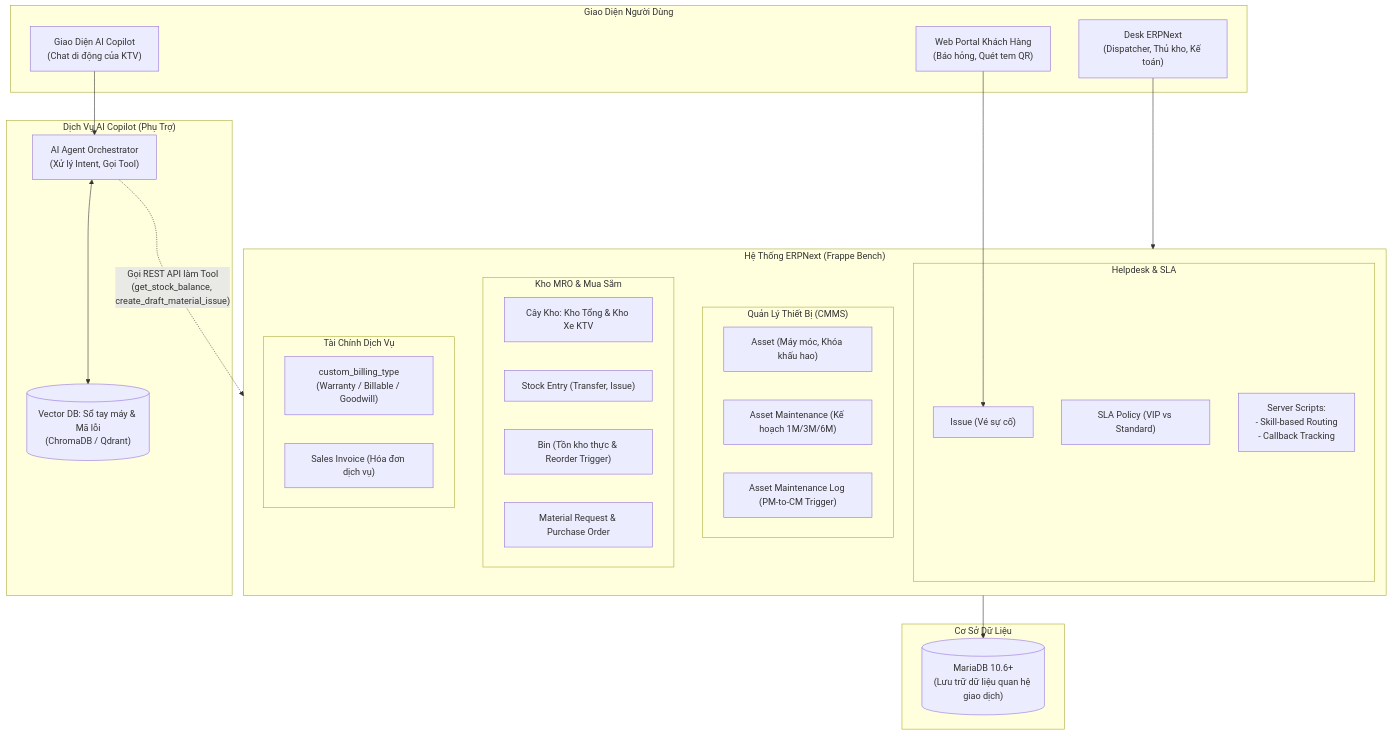
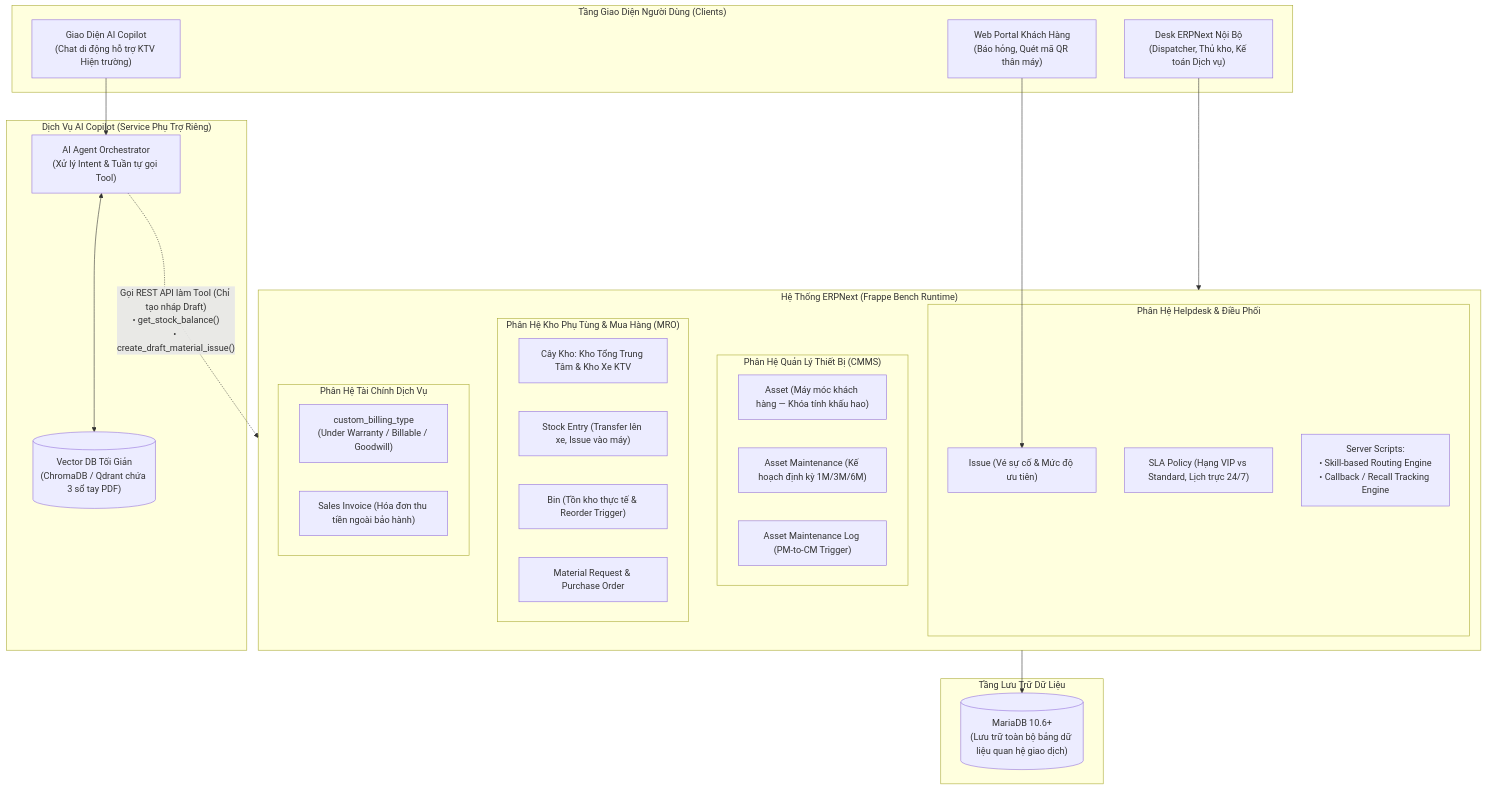
Before and after one commit to Baronger23/ERP.SmartHelpDesk: the first of 2 diagrams in docs/SYSTEM_ARCHITECTURE_DESIGN.md, drawn with Mermaid. The commit also changed other lines of this file, not shown here.

Commit message:
docs: finalize upgraded system architecture design addressing core business model, 2-branch stock flow, realistic failure KPIs, and AI safety invariant

````diff
--- a/docs/SYSTEM_ARCHITECTURE_DESIGN.md
+++ b/docs/SYSTEM_ARCHITECTURE_DESIGN.md
@@ -126,51 +92,51 @@
 ```mermaid
 flowchart TD
-    subgraph CLIENTS["Giao Diện Người Dùng"]
-        C1["Web Portal Khách Hàng<br/>(Báo hỏng, Quét tem QR)"]
-        C2["Desk ERPNext<br/>(Dispatcher, Thủ kho, Kế toán)"]
-        C3["Giao Diện AI Copilot<br/>(Chat di động của KTV)"]
+    subgraph CLIENTS["Tầng Giao Diện Người Dùng (Clients)"]
+        C1["Web Portal Khách Hàng<br/>(Báo hỏng, Quét mã QR thân máy)"]
+        C2["Desk ERPNext Nội Bộ<br/>(Dispatcher, Thủ kho, Kế toán Dịch vụ)"]
+        C3["Giao Diện AI Copilot<br/>(Chat di động hỗ trợ KTV Hiện trường)"]
     end
 
-    subgraph ERPNEXT["Hệ Thống ERPNext (Frappe Bench)"]
-        subgraph F_HD["Helpdesk & SLA"]
-            M_ISSUE["Issue (Vé sự cố)"]
-            M_SLA["SLA Policy (VIP vs Standard)"]
-            M_SCRIPTS["Server Scripts:<br/>- Skill-based Routing<br/>- Callback Tracking"]
+    subgraph ERPNEXT["Hệ Thống ERPNext (Frappe Bench Runtime)"]
+        subgraph F_HD["Phân Hệ Helpdesk & Điều Phối"]
+            M_ISSUE["Issue (Vé sự cố & Mức độ ưu tiên)"]
+            M_SLA["SLA Policy (Hạng VIP vs Standard, Lịch trực 24/7)"]
+            M_SCRIPTS["Server Scripts:<br/>• Skill-based Routing Engine<br/>• Callback / Recall Tracking Engine"]
         end
 
-        subgraph F_CMMS["Quản Lý Thiết Bị (CMMS)"]
-            M_ASSET["Asset (Máy móc, Khóa khấu hao)"]
-            M_PM["Asset Maintenance (Kế hoạch 1M/3M/6M)"]
+        subgraph F_CMMS["Phân Hệ Quản Lý Thiết Bị (CMMS)"]
+            M_ASSET["Asset (Máy móc khách hàng — Khóa tính khấu hao)"]
+            M_PM["Asset Maintenance (Kế hoạch định kỳ 1M/3M/6M)"]
             M_LOG["Asset Maintenance Log (PM-to-CM Trigger)"]
         end
 
-        subgraph F_MRO["Kho MRO & Mua Sắm"]
-            M_WH["Cây Kho: Kho Tổng & Kho Xe KTV"]
-            M_STE["Stock Entry (Transfer, Issue)"]
-            M_BIN["Bin (Tồn kho thực & Reorder Trigger)"]
+        subgraph F_MRO["Phân Hệ Kho Phụ Tùng & Mua Hàng (MRO)"]
+            M_WH["Cây Kho: Kho Tổng Trung Tâm & Kho Xe KTV"]
+            M_STE["Stock Entry (Transfer lên xe, Issue vào máy)"]
+            M_BIN["Bin (Tồn kho thực tế & Reorder Trigger)"]
             M_PURCHASE["Material Request & Purchase Order"]
         end
 
-        subgraph F_FIN["Tài Chính Dịch Vụ"]
-            M_BILL["custom_billing_type<br/>(Warranty / Billable / Goodwill)"]
-            M_SINV["Sales Invoice (Hóa đơn dịch vụ)"]
+        subgraph F_FIN["Phân Hệ Tài Chính Dịch Vụ"]
+            M_BILL["custom_billing_type<br/>(Under Warranty / Billable / Goodwill)"]
+            M_SINV["Sales Invoice (Hóa đơn thu tiền ngoài bảo hành)"]
         end
     end
 
-    subgraph AISERVICE["Dịch Vụ AI Copilot (Phụ Trợ)"]
-        AI_AGENT["AI Agent Orchestrator<br/>(Xử lý Intent, Gọi Tool)"]
-        AI_VEC[("Vector DB: Sổ tay máy & Mã lỗi<br/>(ChromaDB / Qdrant)")]
+    subgraph AISERVICE["Dịch Vụ AI Copilot (Service Phụ Trợ Riêng)"]
+        AI_AGENT["AI Agent Orchestrator<br/>(Xử lý Intent & Tuần tự gọi Tool)"]
+        AI_VEC[("Vector DB Tối Giản<br/>(ChromaDB / Qdrant chứa 3 sổ tay PDF)")]
         AI_AGENT <--> AI_VEC
     end
 
-    subgraph DB["Cơ Sở Dữ Liệu"]
-        MARIADB[("MariaDB 10.6+<br/>(Lưu trữ dữ liệu quan hệ giao dịch)")]
+    subgraph DB["Tầng Lưu Trữ Dữ Liệu"]
+        MARIADB[("MariaDB 10.6+<br/>(Lưu trữ toàn bộ bảng dữ liệu quan hệ giao dịch)")]
     end
 
     C1 --> M_ISSUE
     C2 --> ERPNEXT
     C3 --> AI_AGENT
 
-    AI_AGENT -.->|"Gọi REST API làm Tool<br/>(get_stock_balance, create_draft_material_issue)"| ERPNEXT
+    AI_AGENT -.->|"Gọi REST API làm Tool (Chỉ tạo nháp Draft)<br/>• get_stock_balance()<br/>• create_draft_material_issue()"| ERPNEXT
     ERPNEXT --> MARIADB
 ```
````
